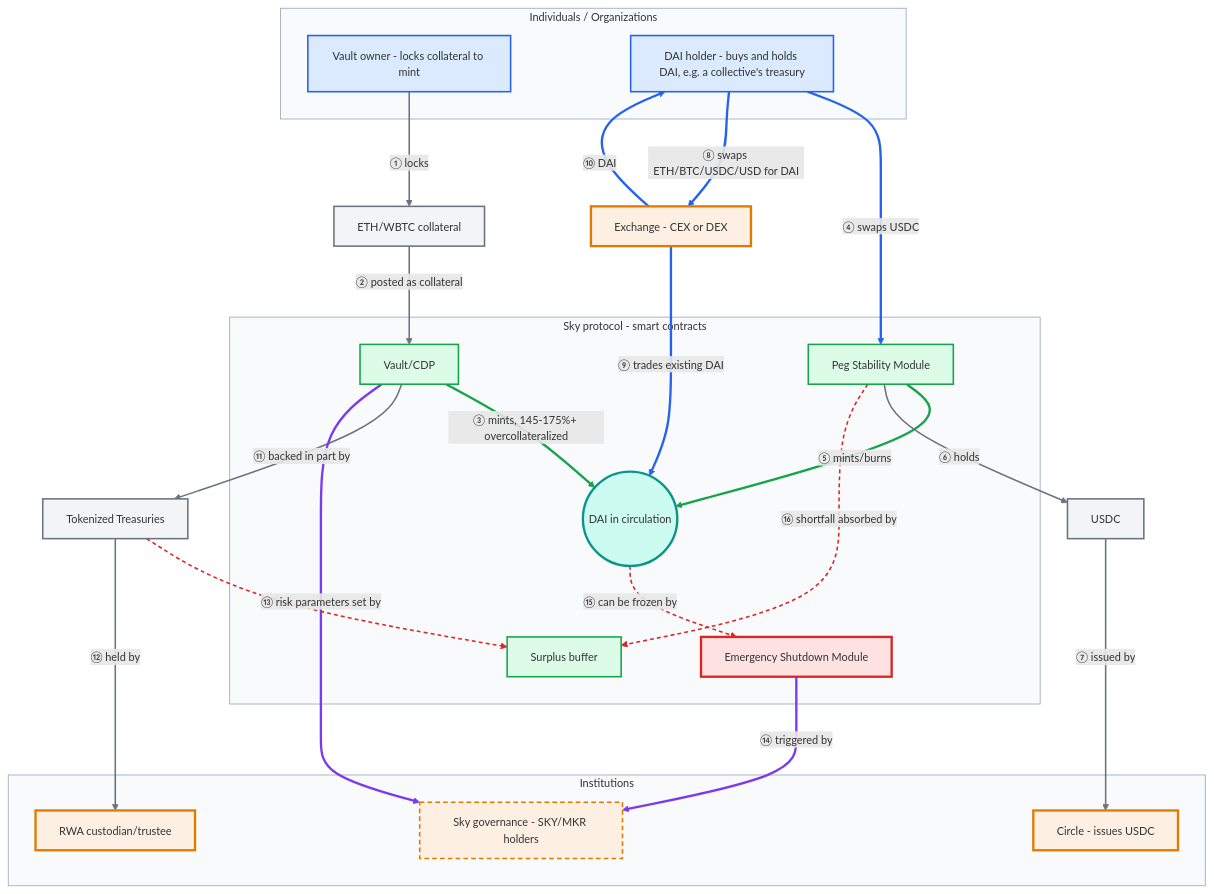
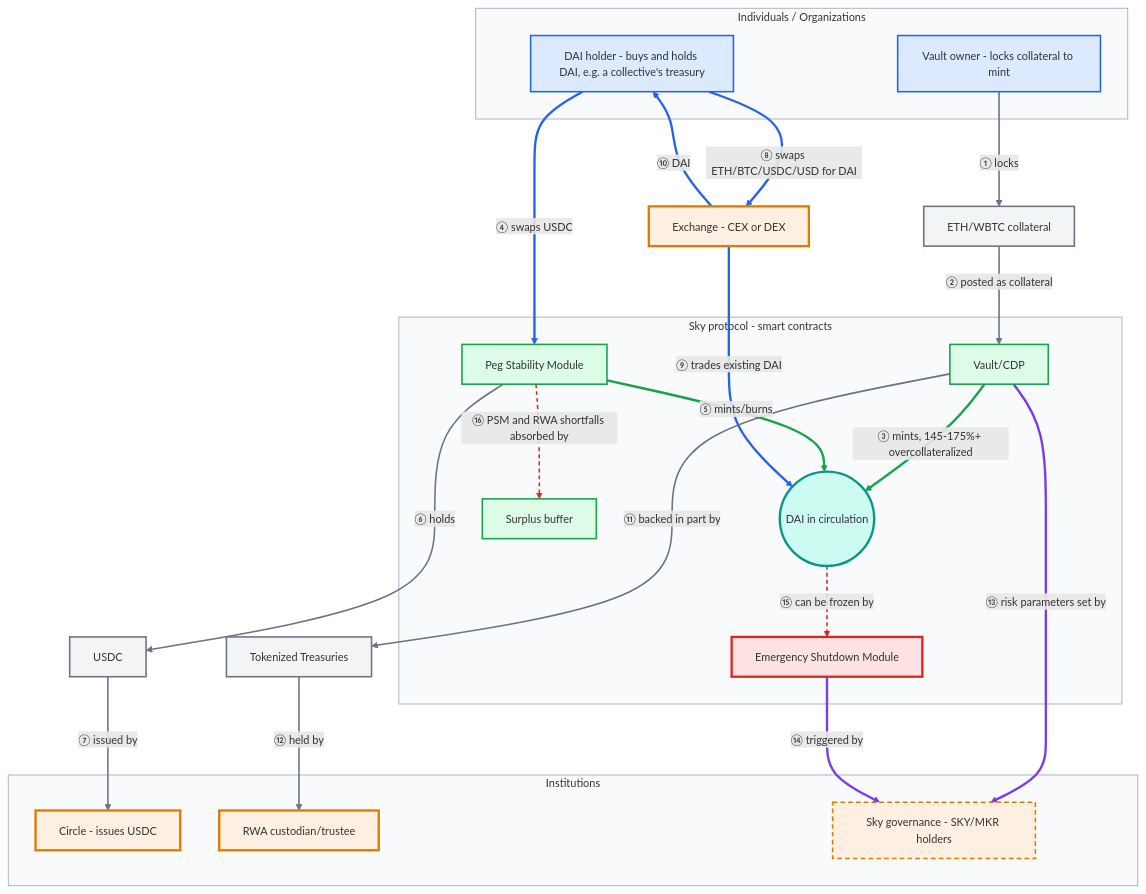
One commit to doikayt/admin changed the fifth of 5 diagrams in governance/commons-hub-pattern.md. Above: the diagram before and after it, drawn with Mermaid. The commit also changed other lines of this file, not shown here.

First line of the commit message:
docs: color-coded DAI diagram key, entity glossary, circled-digit flow numbers

````diff
--- a/governance/commons-hub-pattern.md
+++ b/governance/commons-hub-pattern.md
@@ -1669,76 +1670,75 @@
 ```mermaid
 %%{init: {"themeVariables": {"fontSize": "14px"}, "flowchart": {"nodeSpacing": 50, "rankSpacing": 70}}}%%
 flowchart TD
     subgraph USERS["Individuals / Organizations"]
         VaultOwner[Vault owner - locks collateral to mint]
         Holder[DAI holder - buys and holds DAI, e.g. a collective's treasury]
     end
 
     Exchange[Exchange - CEX or DEX]
     ETHCollat[ETH/WBTC collateral]
 
     subgraph PROTO["Sky protocol - smart contracts"]
         DAISupply((DAI in circulation))
         PSM[Peg Stability Module]
         Vault[Vault/CDP]
         ESM[Emergency Shutdown Module]
         Buffer[Surplus buffer]
     end
 
     USDC[USDC]
     RWA[Tokenized Treasuries]
 
     subgraph INST["Institutions"]
         Circle[Circle - issues USDC]
         RWACustodian[RWA custodian/trustee]
         Governance[Sky governance - SKY/MKR holders]
     end
 
     VaultOwner -- "① locks" --> ETHCollat
     ETHCollat -- "② posted as collateral" --> Vault
     Vault -- "③ mints, 145-175%+ overcollateralized" --> DAISupply
 
     Holder -- "④ swaps USDC" --> PSM
     PSM -- "⑤ mints/burns" --> DAISupply
     PSM -- "⑥ holds" --> USDC
     USDC -- "⑦ issued by" --> Circle
 
     Holder -- "⑧ swaps ETH/BTC/USDC/USD for DAI" --> Exchange
     Exchange -- "⑨ trades existing DAI" --> DAISupply
     Exchange -- "⑩ DAI" --> Holder
 
     Vault -- "⑪ backed in part by" --> RWA
     RWA -- "⑫ held by" --> RWACustodian
 
     Vault -- "⑬ risk parameters set by" --> Governance
     ESM -- "⑭ triggered by" --> Governance
 
     DAISupply -- "⑮ can be frozen by" --> ESM
-    PSM -.->|"⑯ shortfall absorbed by"| Buffer
-    RWA -.-> Buffer
+    PSM -.->|"⑯ PSM and RWA shortfalls absorbed by"| Buffer
 
     classDef user fill:#dbeafe,stroke:#2563eb,stroke-width:2px
     classDef code fill:#dcfce7,stroke:#16a34a,stroke-width:2px
     classDef asset fill:#f3f4f6,stroke:#6b7280,stroke-width:2px
     classDef token fill:#ccfbf1,stroke:#0d9488,stroke-width:3px
     classDef cutoff fill:#fdf0e3,stroke:#e07b00,stroke-width:3px
     classDef legal fill:#fdf0e3,stroke:#e07b00,stroke-width:2px,stroke-dasharray:6 4
     classDef breaker fill:#fee2e2,stroke:#dc2626,stroke-width:3px
     class VaultOwner,Holder user
     class Vault,PSM,Buffer code
     class ETHCollat,USDC,RWA asset
     class DAISupply token
     class Circle,RWACustodian,Exchange cutoff
     class Governance legal
     class ESM breaker
 
     style USERS fill:#f8fafc,stroke:#94a3b8
     style PROTO fill:#f8fafc,stroke:#94a3b8
     style INST fill:#f8fafc,stroke:#94a3b8
 
     linkStyle 2,4 stroke:#16a34a,stroke-width:3px
     linkStyle 3,7,8,9 stroke:#2563eb,stroke-width:3px
     linkStyle 0,1,5,6,10,11 stroke:#6b7280,stroke-width:2px
     linkStyle 12,13 stroke:#7c3aed,stroke-width:3px
-    linkStyle 14,15,16 stroke:#dc2626,stroke-width:2px,stroke-dasharray:5 4
+    linkStyle 14,15 stroke:#dc2626,stroke-width:2px,stroke-dasharray:5 4
 ```
````
